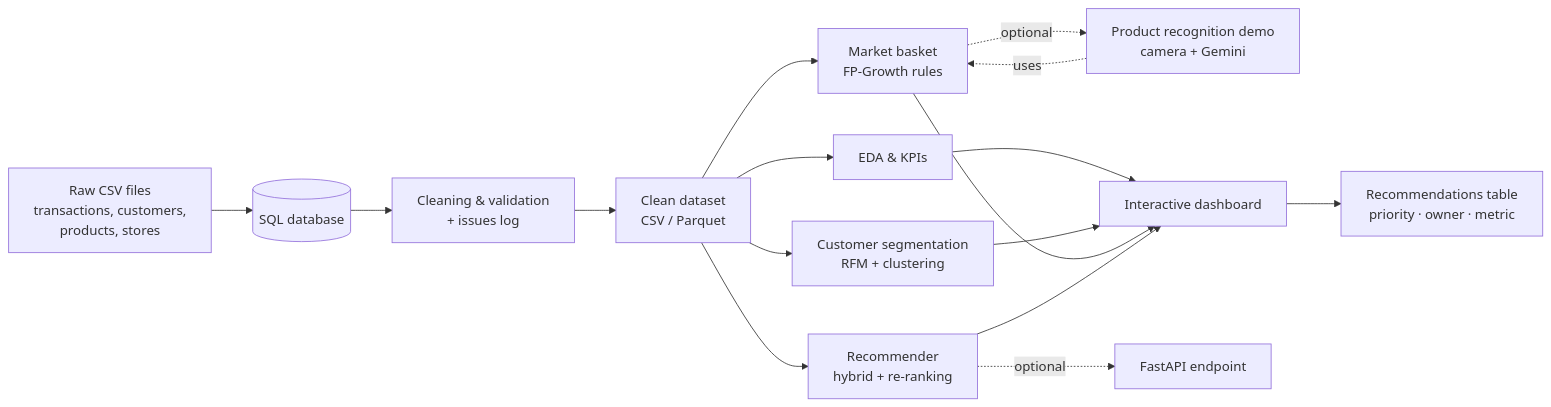
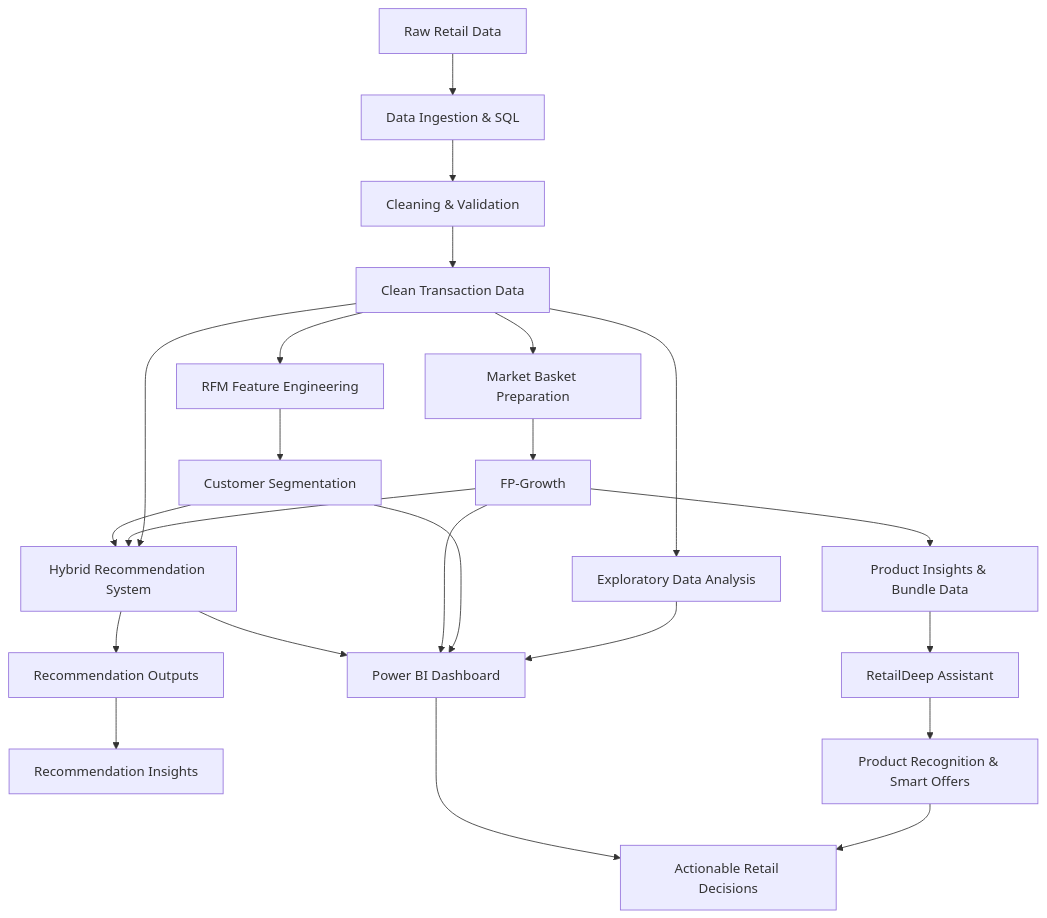
Before and after one commit to SherifAzb/End-to-End-Business-Analytics-Decision-Platform: the diagram in README.md, drawn with Mermaid. The commit also changed other lines of this file, not shown here.

````diff
--- a/README.md
+++ b/README.md
@@ -97,18 +368,32 @@
 ```mermaid
-flowchart LR
-    A[Raw CSV files<br/>transactions, customers,<br/>products, stores] --> B[(SQL database)]
-    B --> C[Cleaning & validation<br/>+ issues log]
-    C --> D[Clean dataset<br/>CSV / Parquet]
-    D --> E[EDA & KPIs]
-    D --> F[Customer segmentation<br/>RFM + clustering]
-    D --> G[Market basket<br/>FP-Growth rules]
-    D --> H[Recommender<br/>hybrid + re-ranking]
-    G -.optional.-> L[Product recognition demo<br/>camera + Gemini]
-    E --> I[Interactive dashboard]
-    F --> I
-    G --> I
-    H --> I
-    I --> J[Recommendations table<br/>priority · owner · metric]
-    L -.uses.-> G
-    H -.optional.-> K[FastAPI endpoint]
+flowchart TD
+    A[Raw Retail Data] --> B[Data Ingestion & SQL]
+    B --> C[Cleaning & Validation]
+    C --> D[Clean Transaction Data]
+
+    D --> E[Exploratory Data Analysis]
+    D --> F[RFM Feature Engineering]
+    D --> G[Market Basket Preparation]
+
+    F --> H[Customer Segmentation]
+    G --> I[FP-Growth]
+    D --> J[Hybrid Recommendation System]
+
+    I --> J
+    H --> J
+
+    I --> K[Product Insights & Bundle Data]
+    J --> L[Recommendation Outputs]
+
+    K --> M[RetailDeep Assistant]
+    L --> N[Recommendation Insights]
+
+    M --> O[Product Recognition & Smart Offers]
+    E --> P[Power BI Dashboard]
+    H --> P
+    I --> P
+    J --> P
+
+    O --> Q[Actionable Retail Decisions]
+    P --> Q
 ```
````
